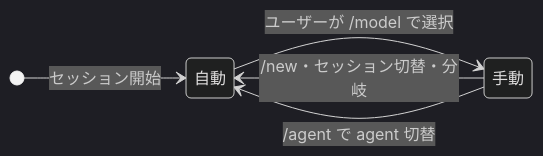
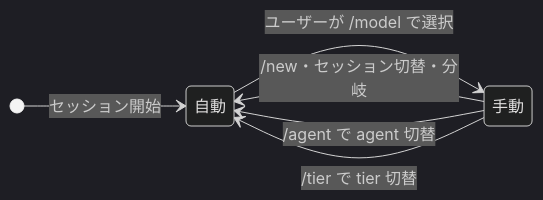
Before and after one commit to CatBraaain/dotfiles: the first of 3 diagrams in dotfiles/.pi/agent/extensions.exact/agents/SPEC.md, drawn with Mermaid (dark theme). The commit also changed other lines of this file and 2 other files, not shown here.

Commit message:
feat(agents): select model tier independently of agent

````diff
--- a/dotfiles/.pi/agent/extensions.exact/agents/SPEC.md
+++ b/dotfiles/.pi/agent/extensions.exact/agents/SPEC.md
@@ -129,8 +136,9 @@
 ```mermaid
 stateDiagram-v2
     direction LR
     [*] --> 自動: セッション開始
     自動 --> 手動: ユーザーが /model で選択
     手動 --> 自動: /new・セッション切替・分岐
     手動 --> 自動: /agent で agent 切替
+    手動 --> 自動: /tier で tier 切替
 ```
````
